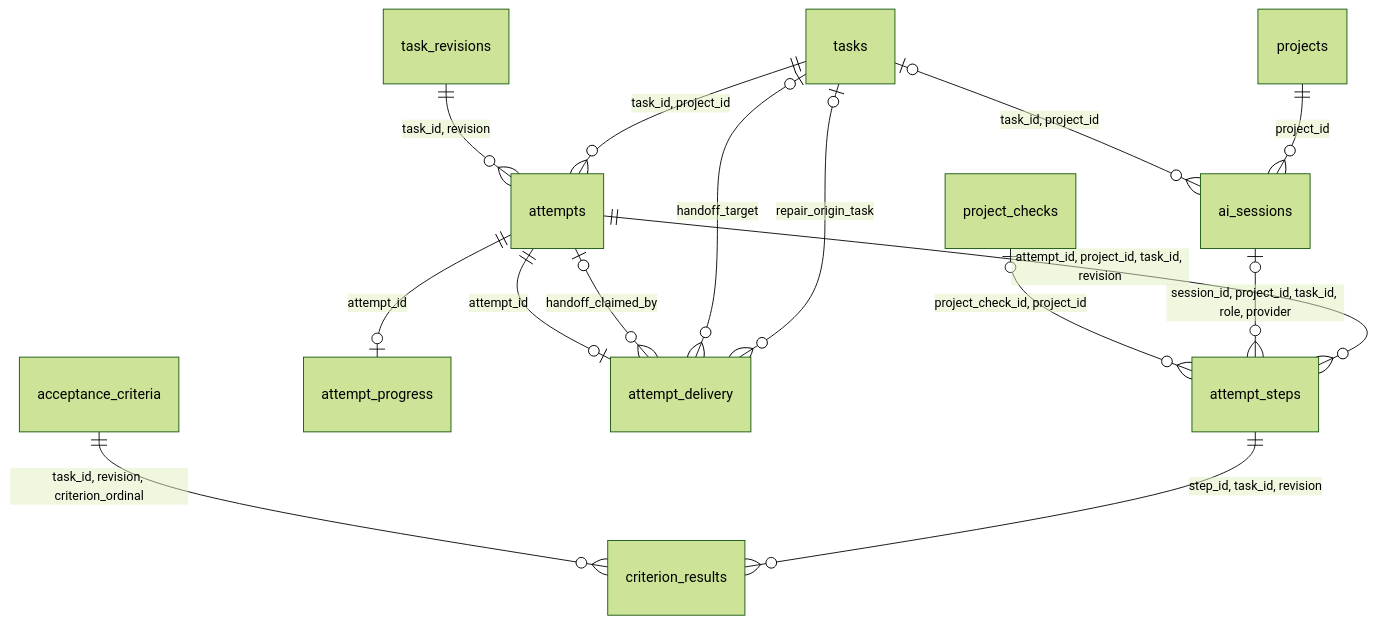
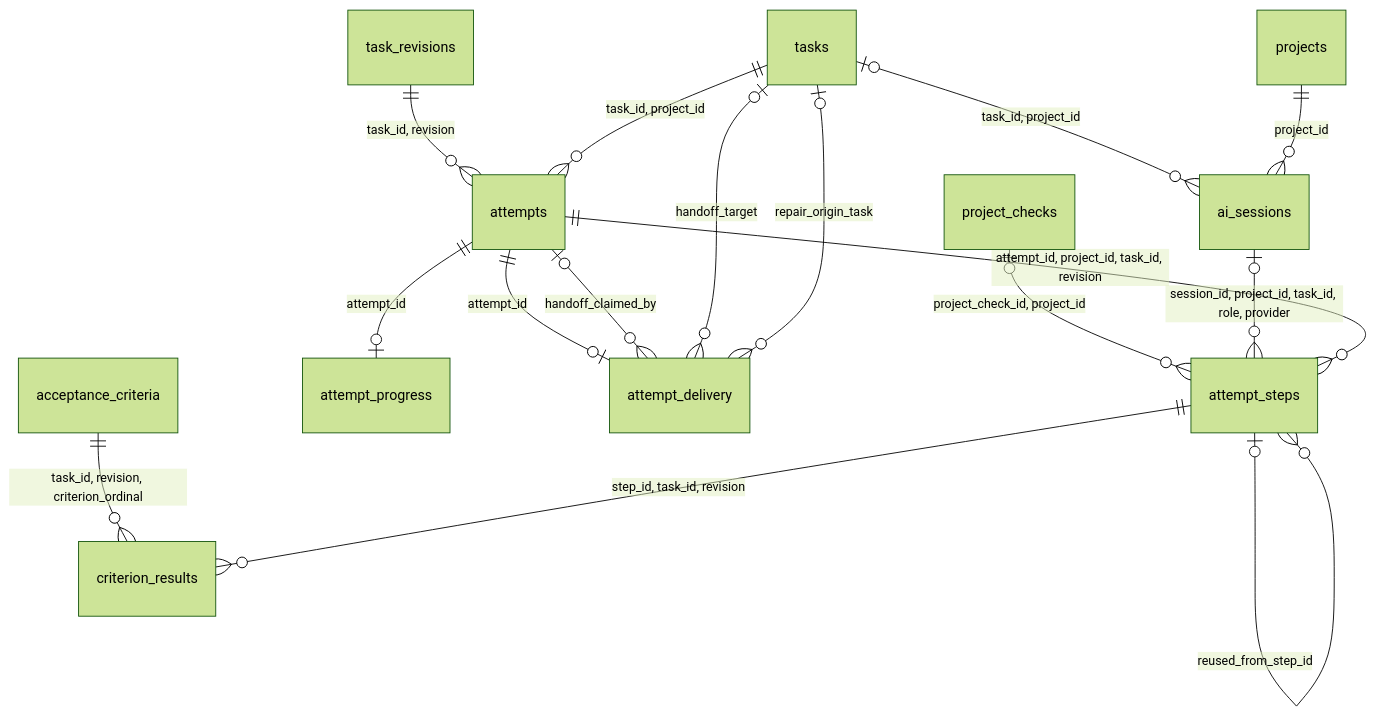
Before and after one commit to IllyaYalovyy/ktask-rs: the second of 3 diagrams in docs/STORAGE.md, drawn with Mermaid (forest theme). The commit also changed other lines of this file and 18 other files, not shown here.

````diff
--- a/docs/STORAGE.md
+++ b/docs/STORAGE.md
@@ -169,17 +169,18 @@
 ```mermaid
 erDiagram
     task_revisions ||--o{ attempts : "task_id, revision"
     tasks ||--o{ attempts : "task_id, project_id"
     tasks o|--o{ ai_sessions : "task_id, project_id"
     projects ||--o{ ai_sessions : "project_id"
     project_checks o|--o{ attempt_steps : "project_check_id, project_id"
     ai_sessions o|--o{ attempt_steps : "session_id, project_id, task_id, role, provider"
     attempts ||--o| attempt_progress : "attempt_id"
     attempts ||--o| attempt_delivery : "attempt_id"
     attempts o|--o{ attempt_delivery : "handoff_claimed_by"
     tasks o|--o{ attempt_delivery : "handoff_target"
     tasks o|--o{ attempt_delivery : "repair_origin_task"
     attempts ||--o{ attempt_steps : "attempt_id, project_id, task_id, revision"
+    attempt_steps o|--o{ attempt_steps : "reused_from_step_id"
     acceptance_criteria ||--o{ criterion_results : "task_id, revision, criterion_ordinal"
     attempt_steps ||--o{ criterion_results : "step_id, task_id, revision"
 ```
````
